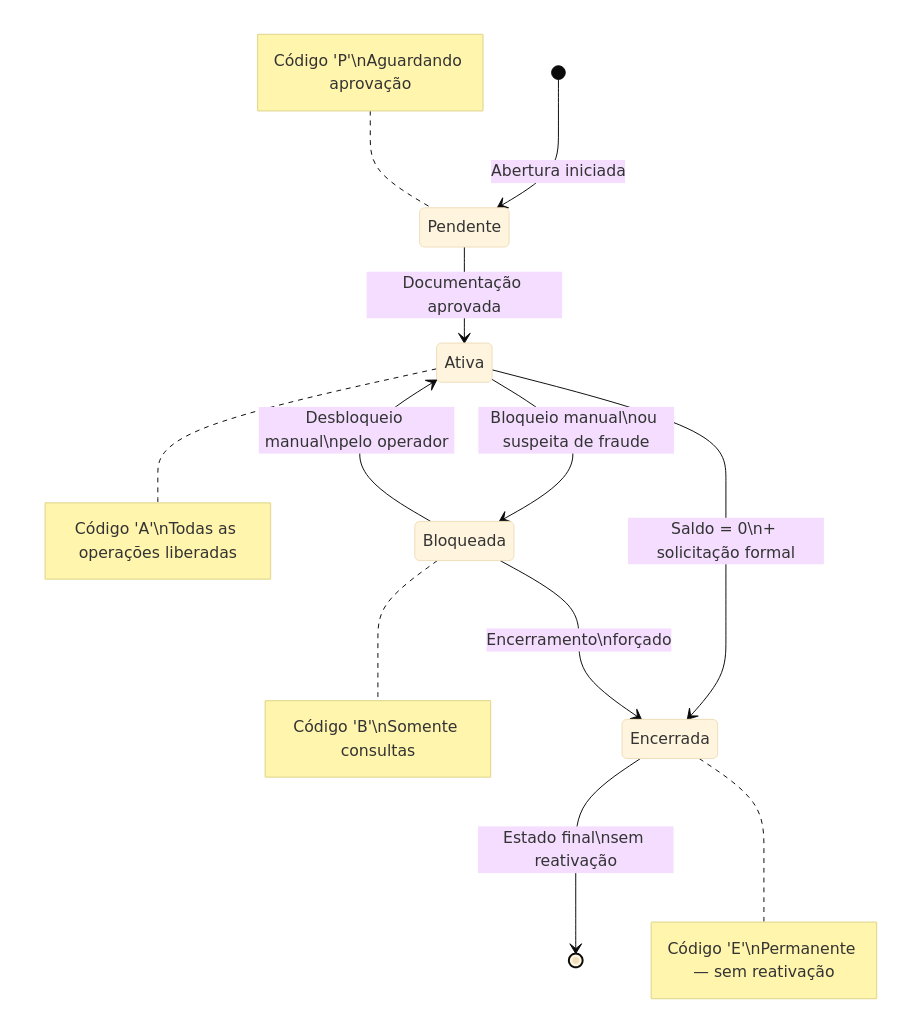
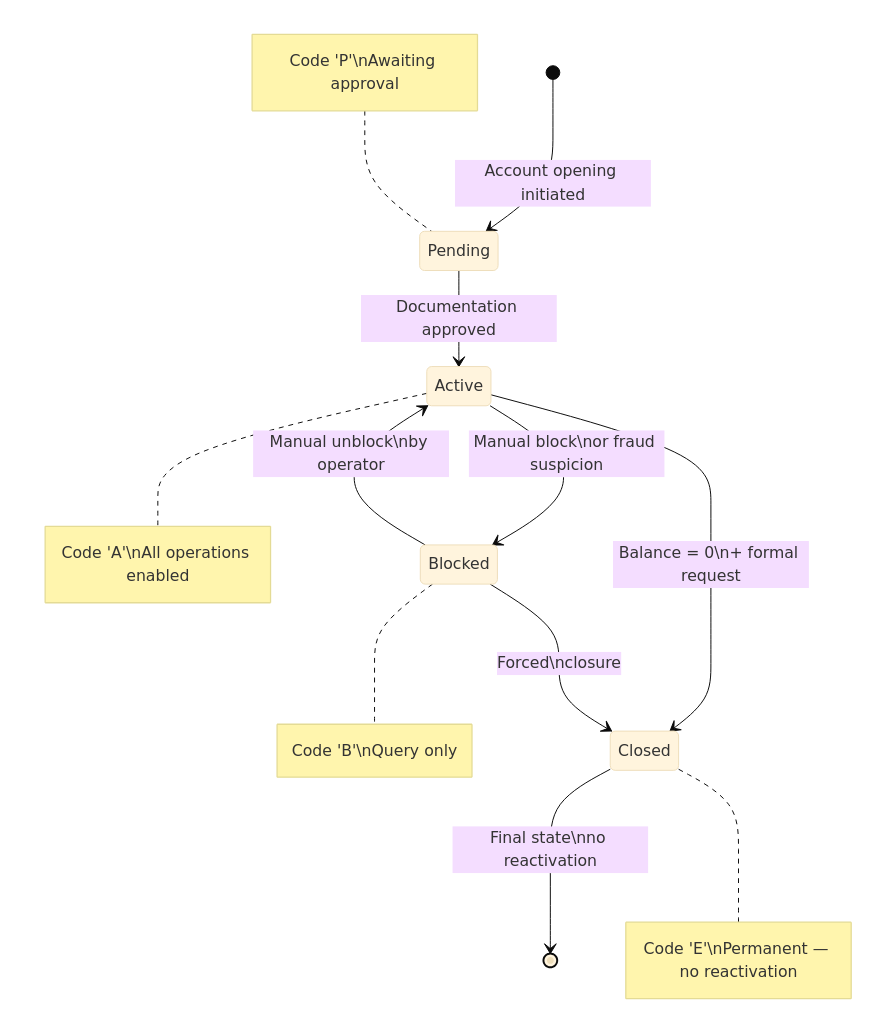
One commit to VictorHJesusSantiago/bank_system changed the third of 11 diagrams in README.md. Above: the diagram before and after it, drawn with Mermaid (base theme). The commit also changed other lines of this file and 2 other files, not shown here.

````diff
--- a/README.md
+++ b/README.md
@@ -593,15 +599,15 @@
 ```mermaid
 stateDiagram-v2
-    [*] --> Pendente : Abertura iniciada
-    Pendente --> Ativa : Documentação aprovada
-    Ativa --> Bloqueada : Bloqueio manual\nou suspeita de fraude
-    Bloqueada --> Ativa : Desbloqueio manual\npelo operador
-    Ativa --> Encerrada : Saldo = 0\n+ solicitação formal
-    Bloqueada --> Encerrada : Encerramento\nforçado
-    Encerrada --> [*] : Estado final\nsem reativação
+    [*] --> Pending : Account opening initiated
+    Pending --> Active : Documentation approved
+    Active --> Blocked : Manual block\nor fraud suspicion
+    Blocked --> Active : Manual unblock\nby operator
+    Active --> Closed : Balance = 0\n+ formal request
+    Blocked --> Closed : Forced\nclosure
+    Closed --> [*] : Final state\nno reactivation
 
-    note right of Ativa : Código 'A'\nTodas as operações liberadas
-    note right of Bloqueada : Código 'B'\nSomente consultas
-    note right of Encerrada : Código 'E'\nPermanente — sem reativação
-    note left of Pendente : Código 'P'\nAguardando aprovação
+    note right of Active : Code 'A'\nAll operations enabled
+    note right of Blocked : Code 'B'\nQuery only
+    note right of Closed : Code 'E'\nPermanent — no reactivation
+    note left of Pending : Code 'P'\nAwaiting approval
 ```
````
